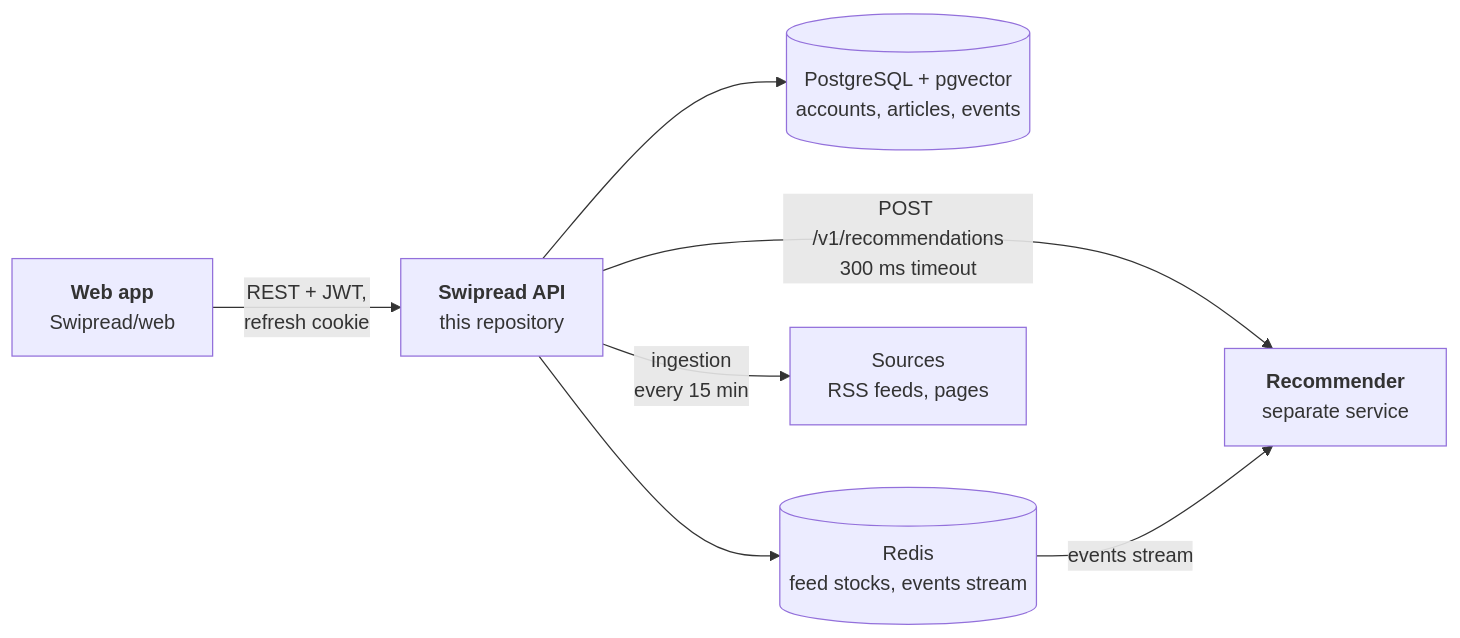
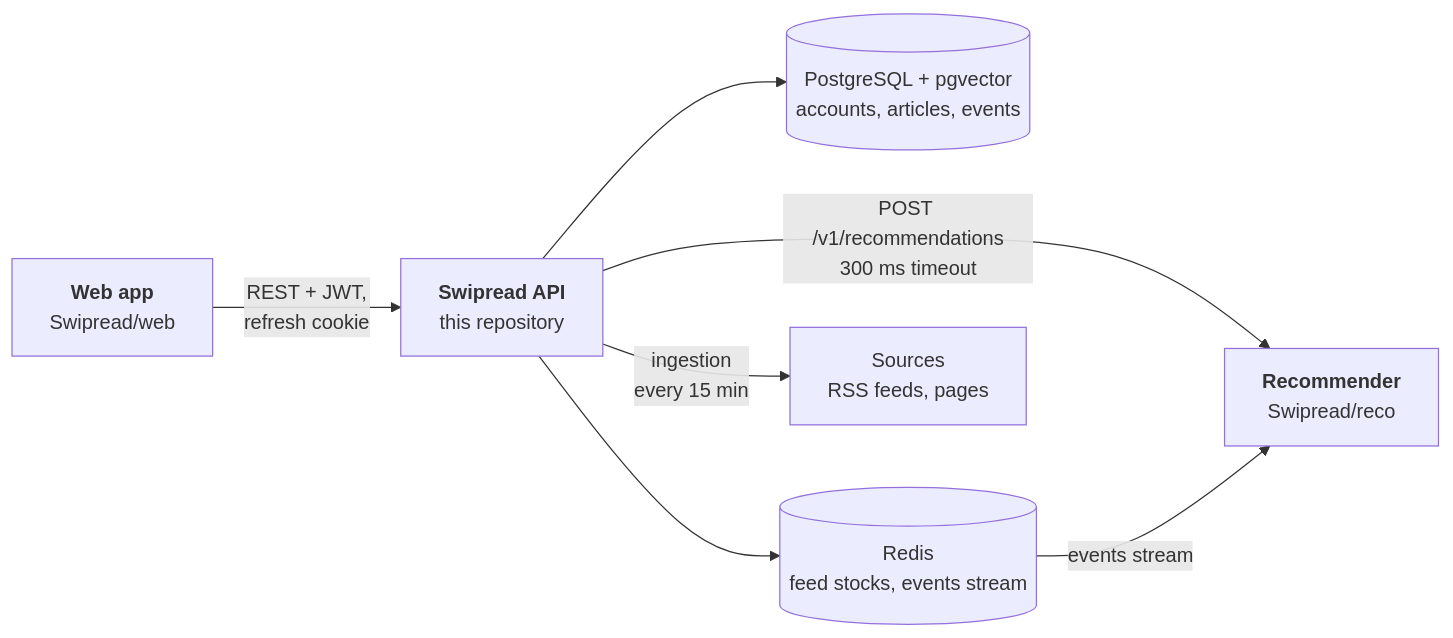
One commit to Swipread/api changed the diagram in README.md. Above: the diagram before and after it, drawn with Mermaid. The commit also changed other lines of this file and 1 other file, not shown here.

First line of the commit message:
docs: link the recommendation service and update to contract v1.5

````diff
--- a/README.md
+++ b/README.md
@@ -30,9 +30,9 @@
 ```mermaid
 flowchart LR
     Web["<b>Web app</b><br/>Swipread/web"] -- "REST + JWT,<br/>refresh cookie" --> API["<b>Swipread API</b><br/>this repository"]
     API --> PG[(PostgreSQL + pgvector<br/>accounts, articles, events)]
     API --> Redis[(Redis<br/>feed stocks, events stream)]
-    API -- "POST /v1/recommendations<br/>300 ms timeout" --> Reco["<b>Recommender</b><br/>separate service"]
+    API -- "POST /v1/recommendations<br/>300 ms timeout" --> Reco["<b>Recommender</b><br/>Swipread/reco"]
     Redis -- "events stream" --> Reco
     API -- "ingestion<br/>every 15 min" --> Feeds["Sources<br/>RSS feeds, pages"]
 ```
````
